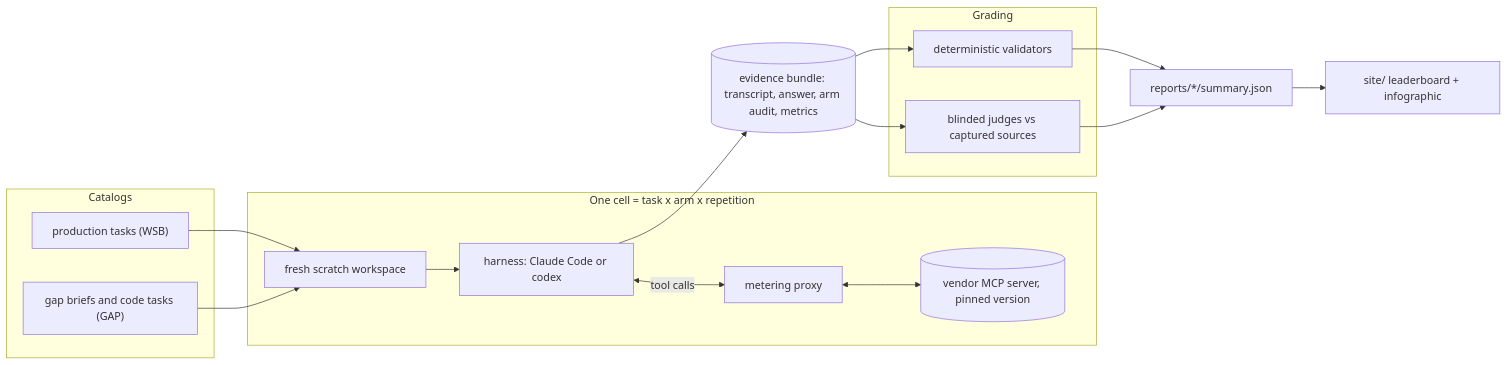
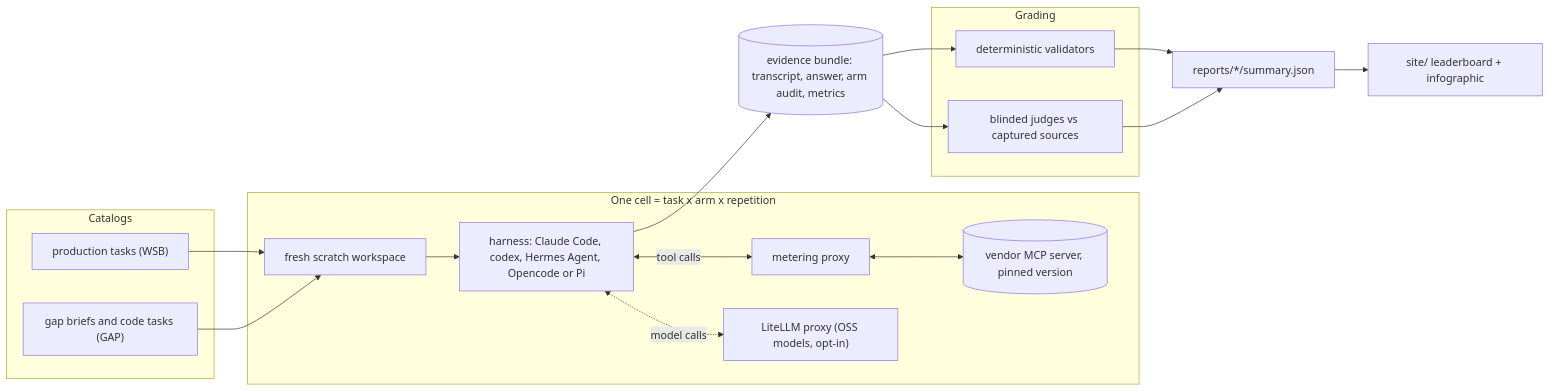
Before and after one commit to laceyenterprises/searchlight: the first of 8 diagrams in README.md, drawn with Mermaid. The commit also changed other lines of this file and 11 other files, not shown here.

First line of the commit message:
Report, analyze and document N harnesses and OSS models

````diff
--- a/README.md
+++ b/README.md
@@ -69,28 +72,30 @@
 ```mermaid
 flowchart LR
   subgraph Catalogs
     T1["production tasks (WSB)"]
     T2["gap briefs and code tasks (GAP)"]
   end
   subgraph Cell["One cell = task x arm x repetition"]
     W["fresh scratch workspace"]
-    H["harness: Claude Code or codex"]
+    H["harness: Claude Code, codex, Hermes Agent, Opencode or Pi"]
     P["metering proxy"]
+    L["LiteLLM proxy (OSS models, opt-in)"]
     V[("vendor MCP server, pinned version")]
   end
   subgraph Grading
     D["deterministic validators"]
     J["blinded judges vs captured sources"]
   end
   T1 --> W
   T2 --> W
   W --> H
   H <-->|"tool calls"| P
+  H <-.->|"model calls"| L
   P <--> V
   H --> B[("evidence bundle: transcript, answer, arm audit, metrics")]
   B --> D
   B --> J
   D --> R["reports/*/summary.json"]
   J --> R
   R --> S["site/ leaderboard + infographic"]
 ```
````
